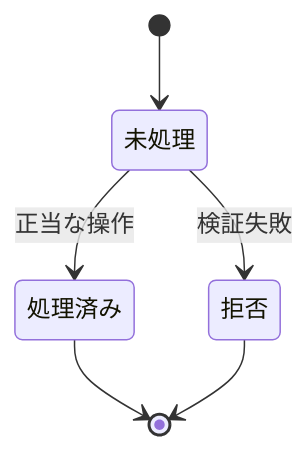
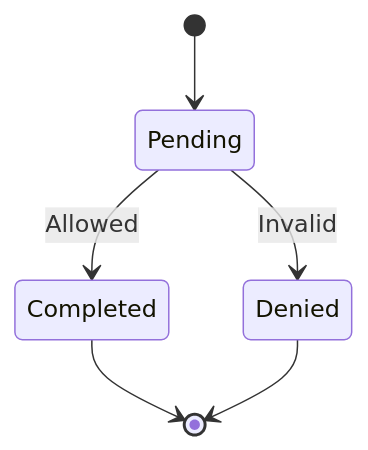
One commit to techbeansjp-free/AGENTS.md changed the diagram in .agent-skill-chain/templates/specs/04_機能/02_状態遷移.md. Above: the diagram before and after it, drawn with Mermaid. The commit also changed 88 other files, not shown here.

````diff
--- a/.agent-skill-chain/templates/specs/04_機能/02_状態遷移.md
+++ b/.agent-skill-chain/templates/specs/04_機能/02_状態遷移.md
@@ -3,8 +3,8 @@
 ```mermaid
 stateDiagram-v2
-  [*] --> 未処理
-  未処理 --> 処理済み: 正当な操作
-  未処理 --> 拒否: 検証失敗
-  処理済み --> [*]
-  拒否 --> [*]
+  [*] --> Pending
+  Pending --> Completed: Allowed
+  Pending --> Denied: Invalid
+  Completed --> [*]
+  Denied --> [*]
 ```
````
